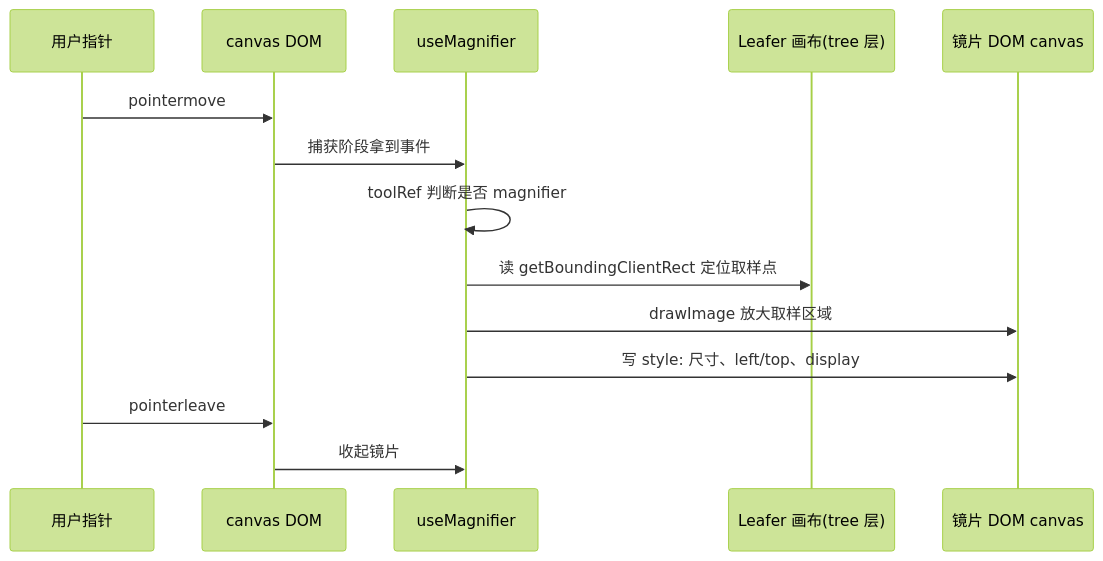
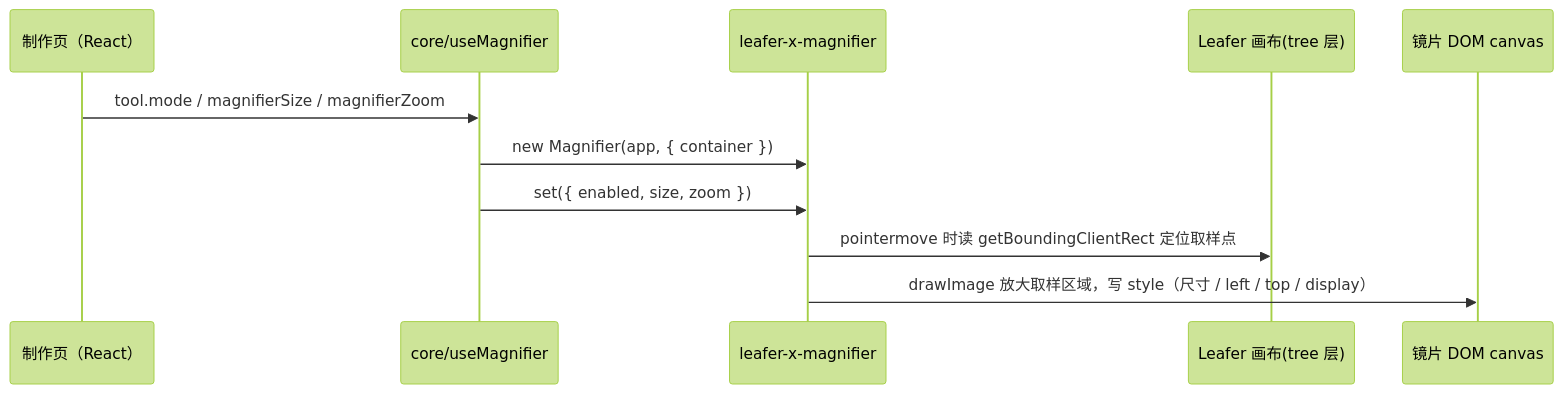
Before and after one commit to Tajigaqzh/paint-canvas: the seventh of 14 diagrams in docs/useLeaferCanvas-logic.md, drawn with Mermaid (forest theme). The commit also changed other lines of this file and 30 other files, not shown here.

First line of the commit message:
feat: 放大镜改为 workspace 插件 leafer-x-magnifier

````diff
--- a/docs/useLeaferCanvas-logic.md
+++ b/docs/useLeaferCanvas-logic.md
@@ -185,17 +184,14 @@
 ```mermaid
 sequenceDiagram
-  participant User as 用户指针
-  participant View as canvas DOM
-  participant Hook as useMagnifier
+  participant Host as 制作页（React）
+  participant Hook as core/useMagnifier
+  participant Plugin as leafer-x-magnifier
   participant Source as Leafer 画布(tree 层)
   participant Lens as 镜片 DOM canvas
 
-  User->>View: pointermove
-  View->>Hook: 捕获阶段拿到事件
-  Hook->>Hook: toolRef 判断是否 magnifier
-  Hook->>Source: 读 getBoundingClientRect 定位取样点
-  Hook->>Lens: drawImage 放大取样区域
-  Hook->>Lens: 写 style: 尺寸、left/top、display
-  User->>View: pointerleave
-  View->>Hook: 收起镜片
+  Host->>Hook: tool.mode / magnifierSize / magnifierZoom
+  Hook->>Plugin: new Magnifier(app, { container })
+  Hook->>Plugin: set({ enabled, size, zoom })
+  Plugin->>Source: pointermove 时读 getBoundingClientRect 定位取样点
+  Plugin->>Lens: drawImage 放大取样区域，写 style（尺寸 / left / top / display）
 ```
````
